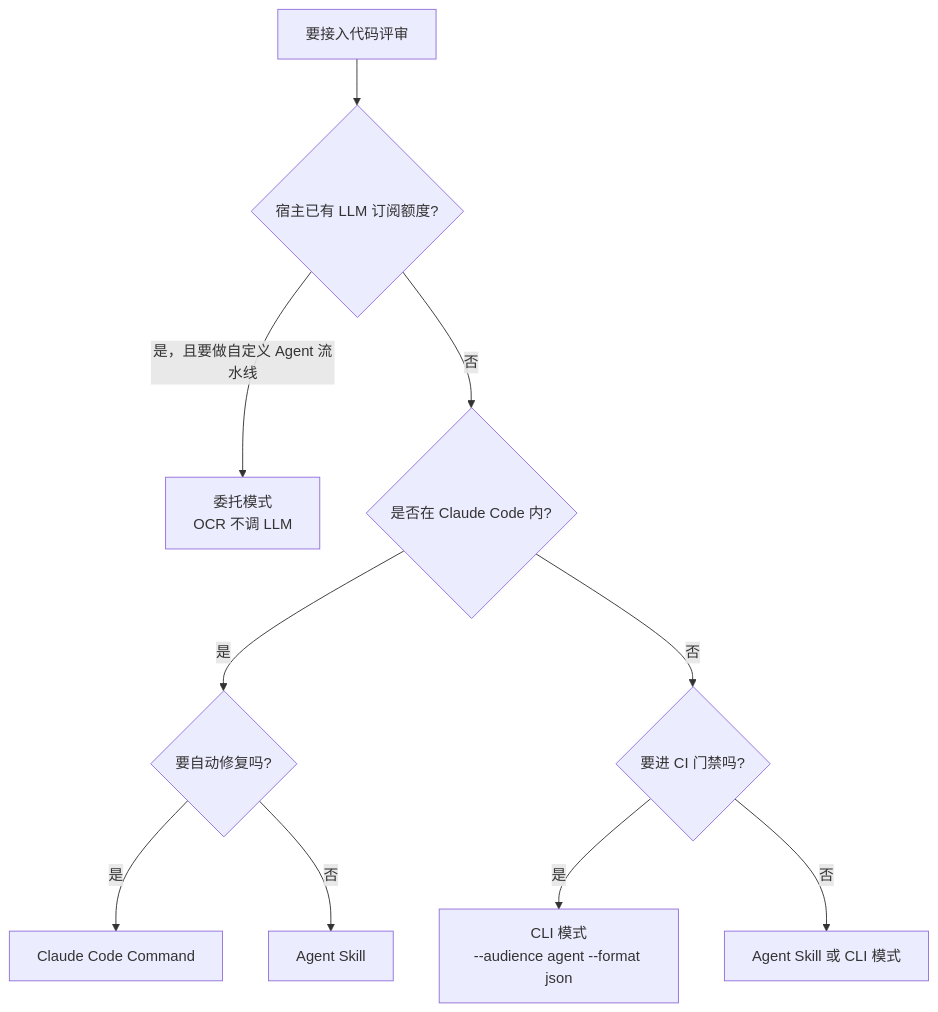
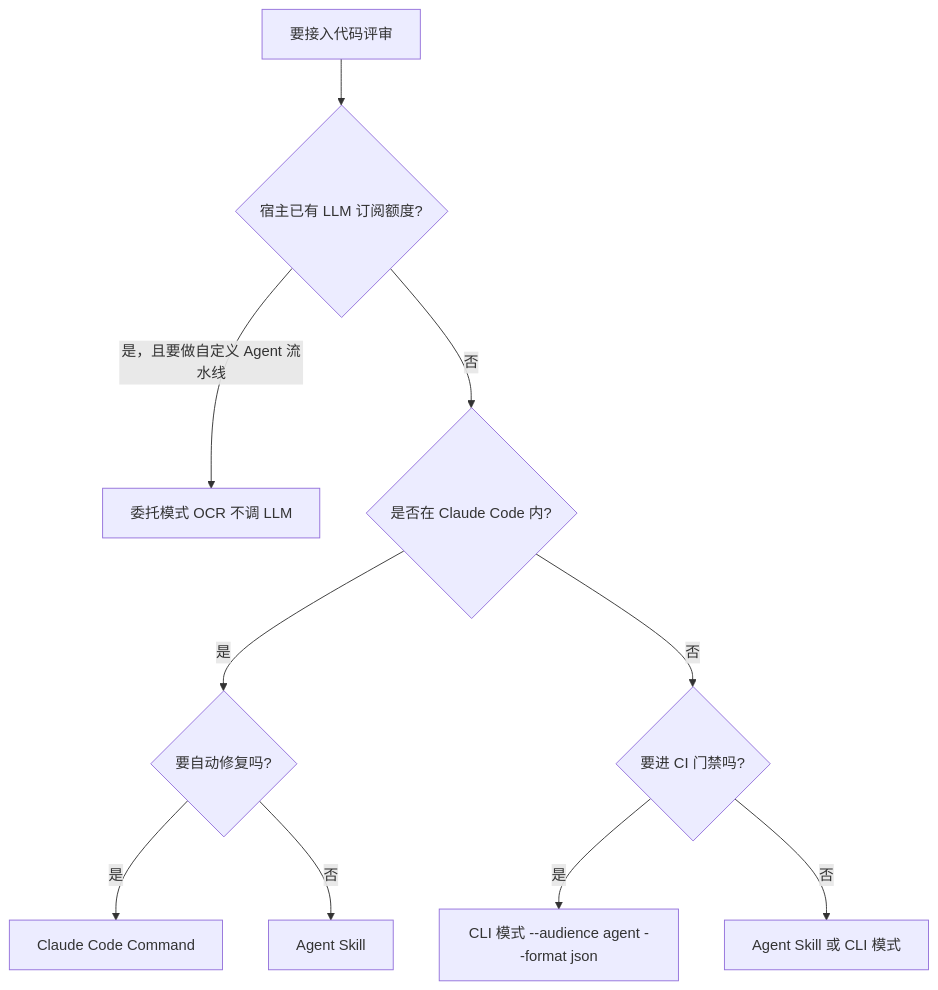
The diagram in doc/bundles/jishu/ai/products/open-code-review/concepts/13-integration-contracts.md (awesome-flexloop/awesome-okf), drawn with Mermaid before and after one commit. The commit also changed 10 other files, not shown here.

First line of the commit message:
docs(bundle): 清偿 Open Code Review 存量 Mermaid 违规避免规范漂移累积

````diff
--- a/doc/bundles/jishu/ai/products/open-code-review/concepts/13-integration-contracts.md
+++ b/doc/bundles/jishu/ai/products/open-code-review/concepts/13-integration-contracts.md
@@ -174,12 +174,12 @@
 ```mermaid
 flowchart TD
-    A[要接入代码评审] --> B{宿主已有 LLM 订阅额度?}
-    B -->|是，且要做自定义 Agent 流水线| C[委托模式<br/>OCR 不调 LLM]
-    B -->|否| D{是否在 Claude Code 内?}
-    D -->|是| E{要自动修复吗?}
-    E -->|是| F[Claude Code Command]
-    E -->|否| G[Agent Skill]
-    D -->|否| H{要进 CI 门禁吗?}
-    H -->|是| I[CLI 模式<br/>--audience agent --format json]
-    H -->|否| J[Agent Skill 或 CLI 模式]
+    A["要接入代码评审"] --> B{"宿主已有 LLM 订阅额度?"}
+    B -->|"是，且要做自定义 Agent 流水线"| C["委托模式 OCR 不调 LLM"]
+    B -->|"否"| D{"是否在 Claude Code 内?"}
+    D -->|"是"| E{"要自动修复吗?"}
+    E -->|"是"| F["Claude Code Command"]
+    E -->|"否"| G["Agent Skill"]
+    D -->|"否"| H{"要进 CI 门禁吗?"}
+    H -->|"是"| I["CLI 模式 --audience agent --format json"]
+    H -->|"否"| J["Agent Skill 或 CLI 模式"]
 ```
````
